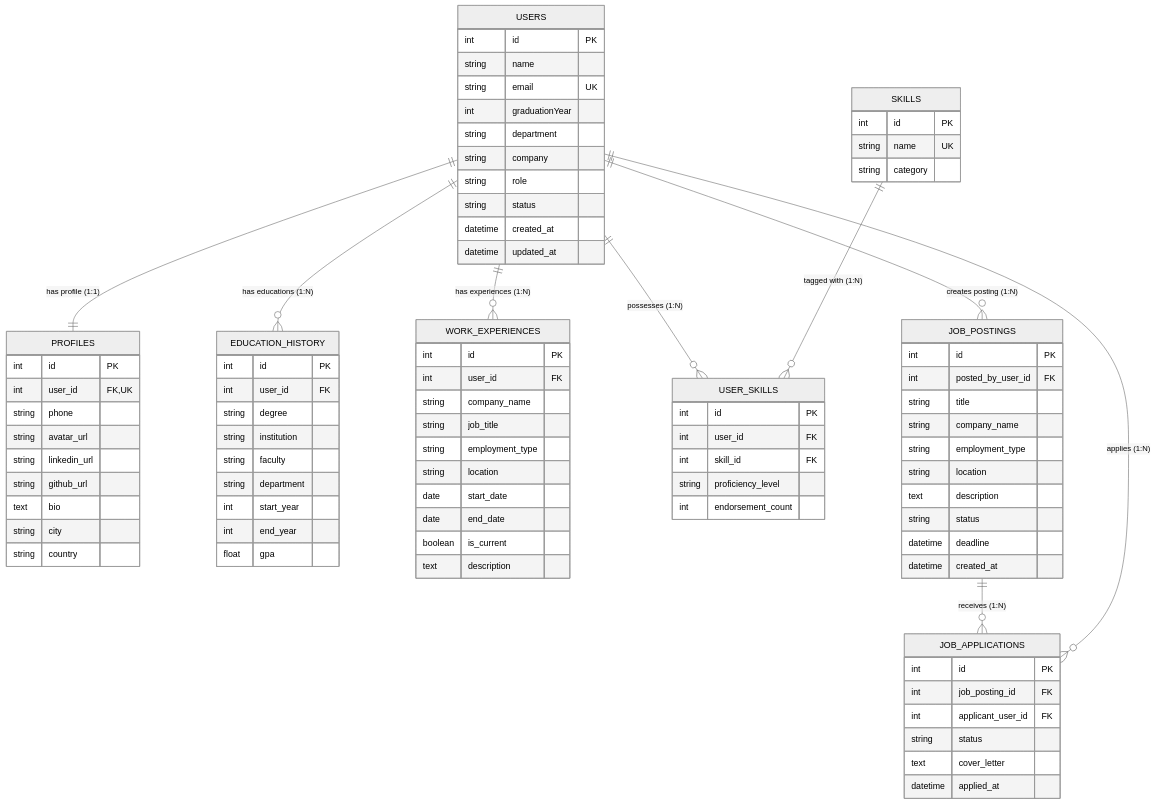
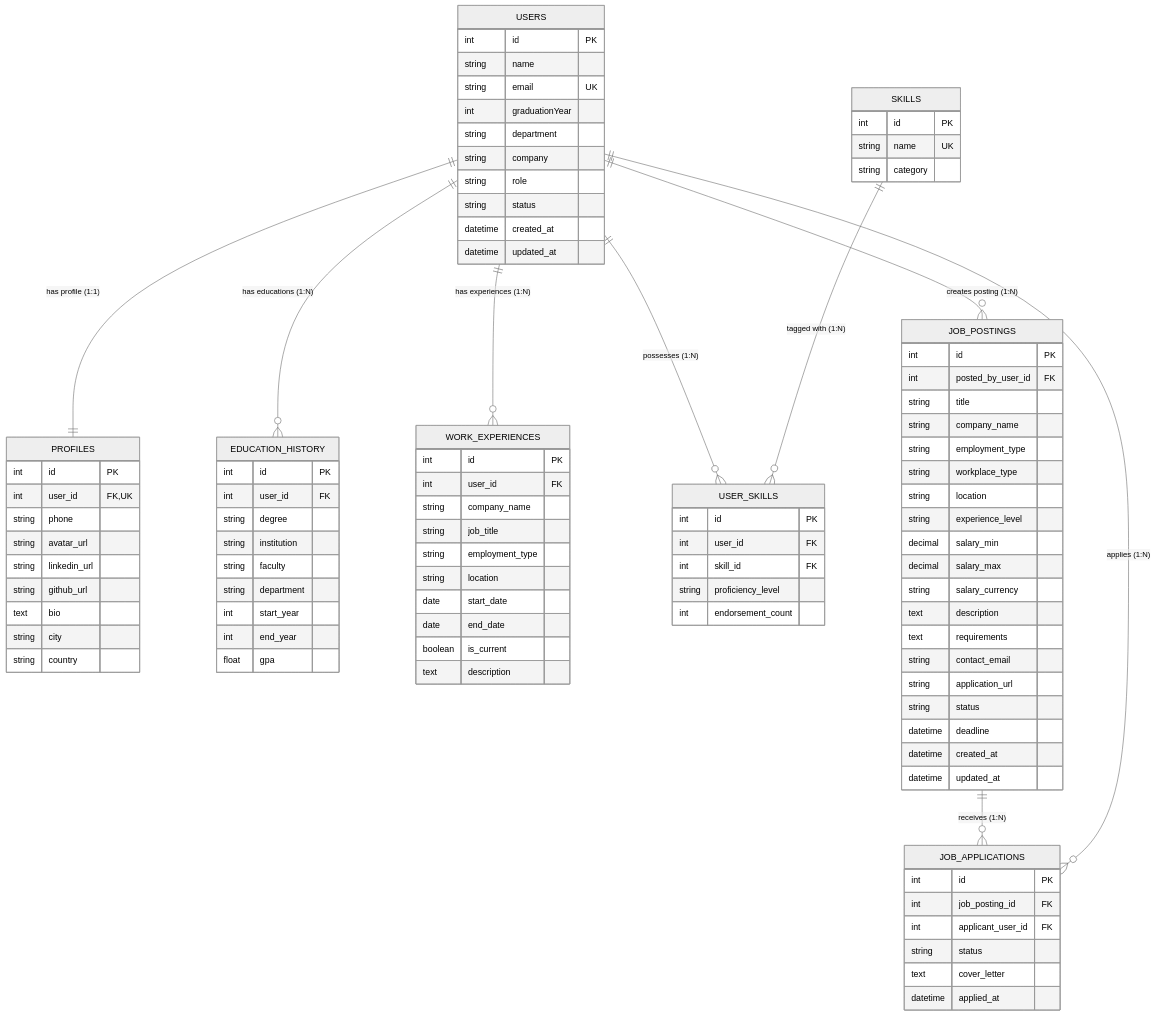
The diagram in ddd.md (tegmenbugo/alumni), drawn with Mermaid (neutral theme) before and after one commit. The commit also changed other lines of this file and 6 other files, not shown here.

```diff
--- a/ddd.md
+++ b/ddd.md
@@ -131,11 +131,20 @@
         string title
         string company_name
         string employment_type
+        string workplace_type
         string location
+        string experience_level
+        decimal salary_min
+        decimal salary_max
+        string salary_currency
         text description
+        text requirements
+        string contact_email
+        string application_url
         string status
         datetime deadline
         datetime created_at
+        datetime updated_at
     }
 
     JOB_APPLICATIONS {
```
